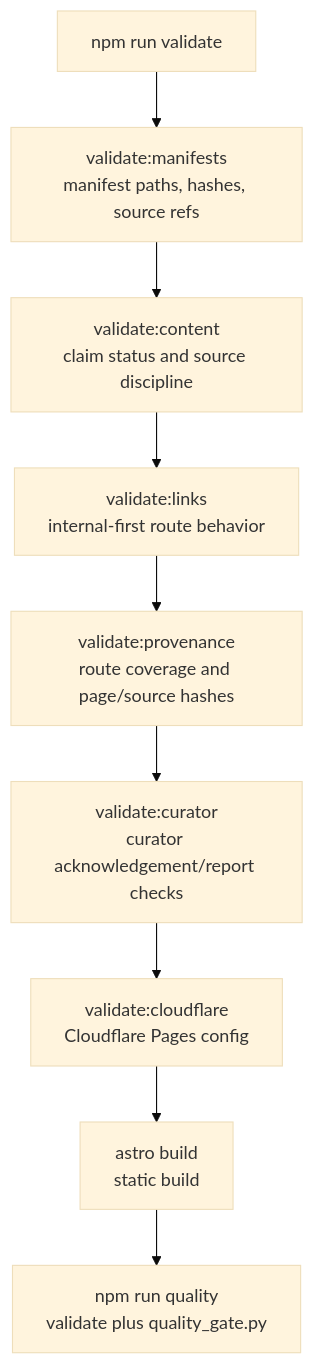
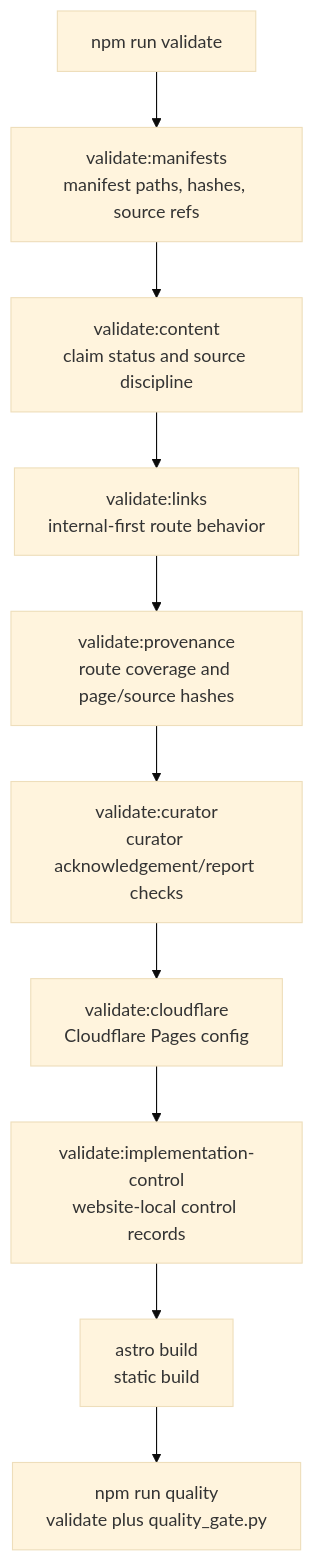
One commit to AngryOwlAI/The-AEther-Flow-Website changed the third of 4 diagrams in docs/architecture/website-feature-and-functionality.md. Above: the diagram before and after it, drawn with Mermaid (base theme). The commit also changed other lines of this file and 22 other files, not shown here.

First line of the commit message:
Checkpoint WJ-20260629-001-A: Close the website-local implementation-...

````diff
--- a/docs/architecture/website-feature-and-functionality.md
+++ b/docs/architecture/website-feature-and-functionality.md
@@ -176,21 +176,23 @@
 ```mermaid
 flowchart TD
   validate["npm run validate"]
   manifests["validate:manifests<br/>manifest paths, hashes, source refs"]
   content["validate:content<br/>claim status and source discipline"]
   links["validate:links<br/>internal-first route behavior"]
   provenance["validate:provenance<br/>route coverage and page/source hashes"]
   curator["validate:curator<br/>curator acknowledgement/report checks"]
   cloudflare["validate:cloudflare<br/>Cloudflare Pages config"]
+  impl["validate:implementation-control<br/>website-local control records"]
   build["astro build<br/>static build"]
   quality["npm run quality<br/>validate plus quality_gate.py"]
 
   validate --> manifests
   manifests --> content
   content --> links
   links --> provenance
   provenance --> curator
   curator --> cloudflare
-  cloudflare --> build
+  cloudflare --> impl
+  impl --> build
   build --> quality
 ```
````
